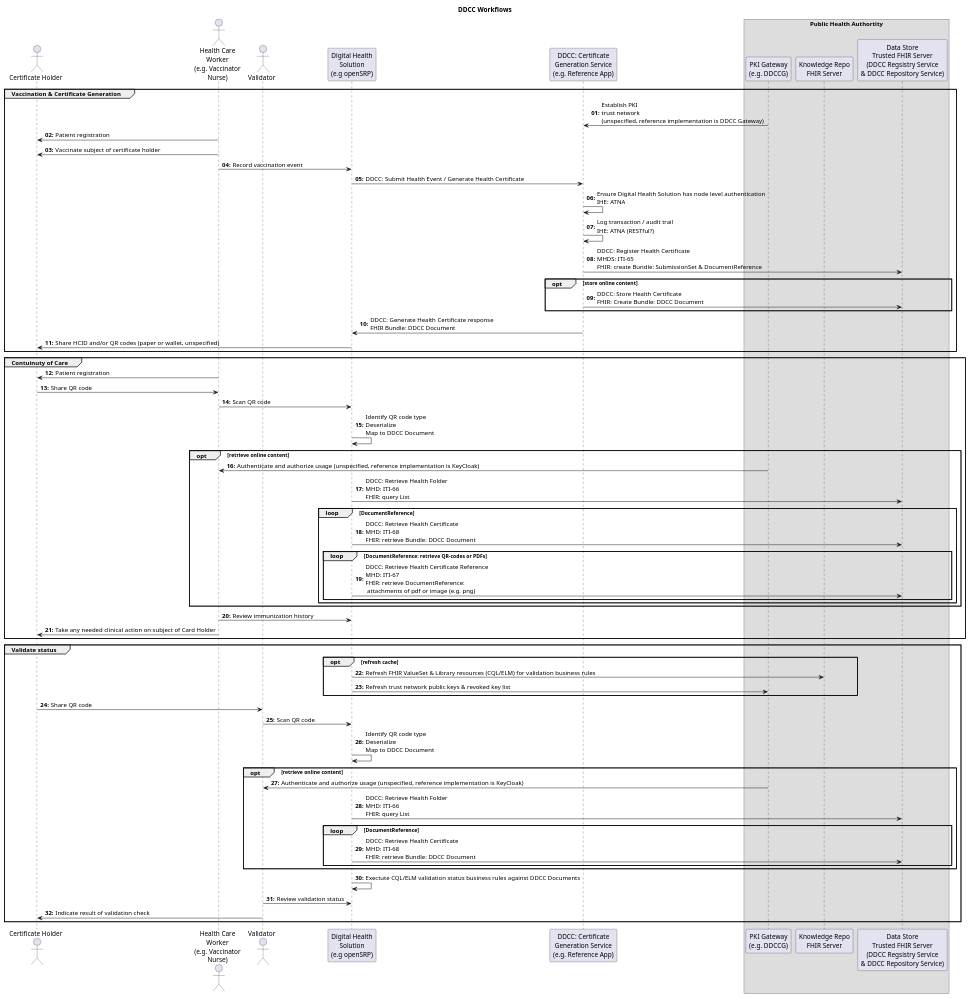
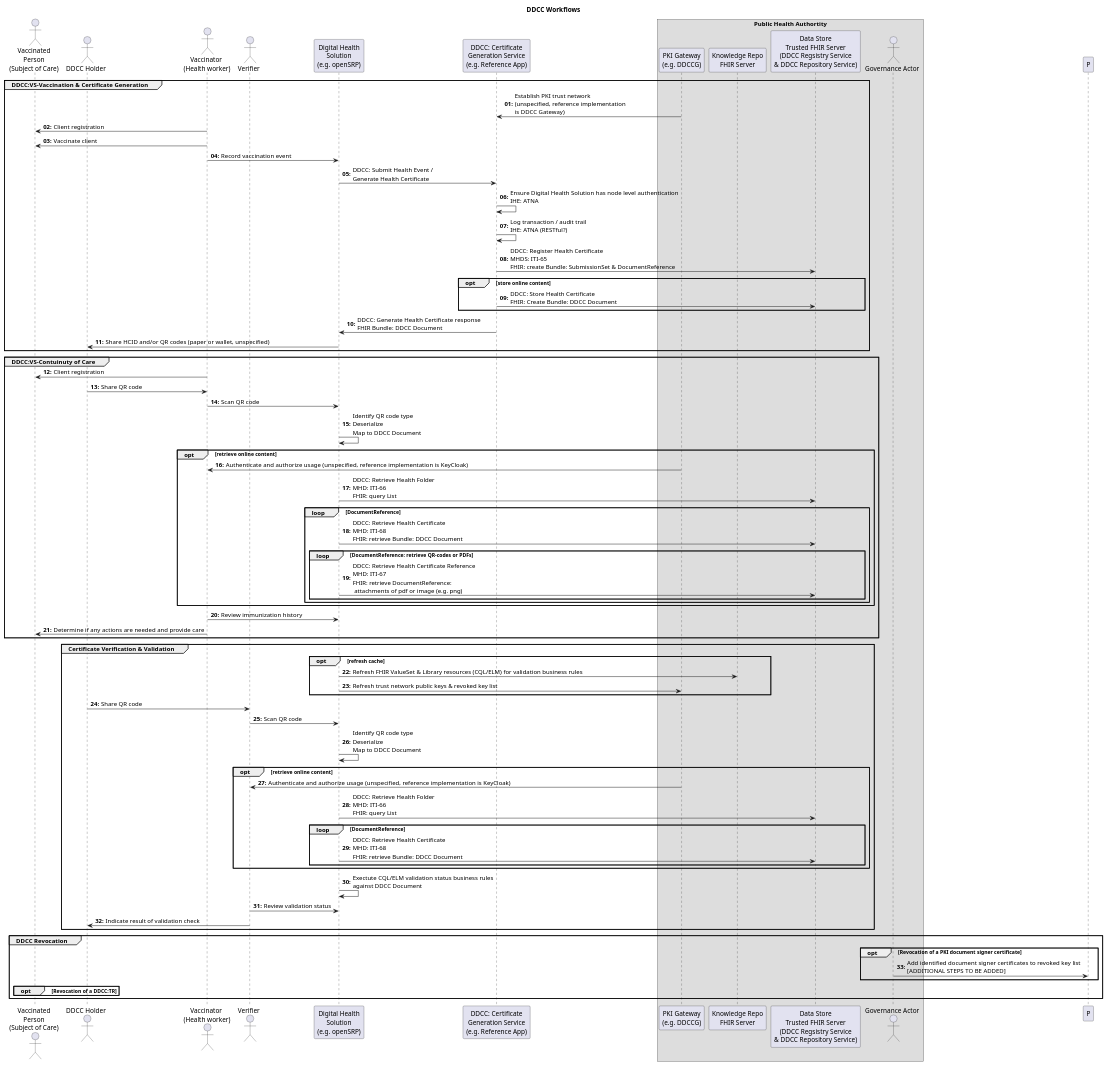
The diagram in input/images-source/workflows.plantuml (WorldHealthOrganization/ddcc), drawn with PlantUML before and after one commit.

Commit message:
Update workflows.plantuml
Differentiated VS from TR flows, where necessary. Updated actors for consistency. Added placeholder for revocation.

```diff
--- a/input/images-source/workflows.plantuml
+++ b/input/images-source/workflows.plantuml
@@ -1,85 +1,98 @@
 @startuml
+skinparam svgDimensionStyle false
 
 title DDCC Workflows
 
 
 
-actor "Certificate Holder" as CH
-actor "Health Care\nWorker\n(e.g. Vaccinator\nNurse)" as HW
-actor "Validator" as VAL
-participant "Digital Health\nSolution\n(e.g openSRP)" as DHS
+actor "Vaccinated\nPerson\n(Subject of Care)" as VP
+actor "DDCC Holder" as DH
+actor "Vaccinator\n (Health worker)" as HW
+actor "Verifier" as VER
+participant "Digital Health\nSolution\n(e.g. openSRP)" as DHS
 participant "DDCC: Certificate\nGeneration Service\n(e.g. Reference App)" as CGS
 
 box "Public Health Authortity"
    participant "PKI Gateway\n(e.g. DDCCG)" as GATE
    participant "Knowledge Repo\nFHIR Server" as KM
    participant "Data Store\nTrusted FHIR Server\n(DDCC Regsistry Service\n& DDCC Repository Service)"  as SHR
+   actor "Governance Actor" as GA
 end box
 
 autonumber "<b>00:</b>"
 
 
-group Vaccination & Certificate Generation
-    GATE->CGS: Establish PKI\ntrust network\n(unspecified, reference implementation is DDCC Gateway)
-    HW->CH: Patient registration
-    HW->CH: Vaccinate subject of certificate holder
+group DDCC:VS-Vaccination & Certificate Generation
+    GATE->CGS: Establish PKI trust network\n(unspecified, reference implementation\nis DDCC Gateway)
+    HW->VP: Client registration
+    HW->VP: Vaccinate client
     HW->DHS: Record vaccination event
-    DHS->CGS: DDCC: Submit Health Event / Generate Health Certificate
+    DHS->CGS: DDCC: Submit Health Event /\nGenerate Health Certificate
     CGS->CGS: Ensure Digital Health Solution has node level authentication\nIHE: ATNA
     CGS->CGS: Log transaction / audit trail\nIHE: ATNA (RESTful?)
     CGS->SHR: DDCC: Register Health Certificate\nMHDS: ITI-65\nFHIR: create Bundle: SubmissionSet & DocumentReference
 
     opt store online content
          CGS->SHR: DDCC: Store Health Certificate\nFHIR: Create Bundle: DDCC Document
     end
 
     CGS->DHS: DDCC: Generate Health Certificate response\nFHIR Bundle: DDCC Document
-    DHS->CH: Share HCID and/or QR codes (paper or wallet, unspecified)
+    DHS->DH: Share HCID and/or QR codes (paper or wallet, unspecified)
 end 
 
-group Contuinuty of Care
-    HW->CH: Patient registration
-    CH->HW: Share QR code
+group DDCC:VS-Contuinuty of Care
+    HW->VP: Client registration
+    DH->HW: Share QR code
     HW->DHS: Scan QR code
     DHS->DHS: Identify QR code type\nDeserialize\nMap to DDCC Document
     opt  retrieve online content
         GATE->HW: Authenticate and authorize usage (unspecified, reference implementation is KeyCloak)
         DHS->SHR: DDCC: Retrieve Health Folder\nMHD: ITI-66\nFHIR: query List
         loop DocumentReference
            DHS->SHR: DDCC: Retrieve Health Certificate\nMHD: ITI-68\nFHIR: retrieve Bundle: DDCC Document
            loop DocumentReference: retrieve QR-codes or PDFs
                DHS->SHR: DDCC: Retrieve Health Certificate Reference\nMHD: ITI-67\nFHIR: retrieve DocumentReference:\n attachments of pdf or image (e.g. png)
             end
         end
     end
     HW->DHS: Review immunization history
-    HW->CH: Take any needed clinical action on subject of Card Holder
+    HW->VP: Determine if any actions are needed and provide care
 end
 
-group Validate status
+group Certificate Verification & Validation
     opt refresh cache
         DHS->KM: Refresh FHIR ValueSet & Library resources (CQL/ELM) for validation business rules
 	DHS->GATE: Refresh trust network public keys & revoked key list
     end 
 
-
-    CH->VAL: Share QR code
-    VAL->DHS: Scan QR code
+    DH->VER: Share QR code
+    VER->DHS: Scan QR code
     DHS->DHS: Identify QR code type\nDeserialize\nMap to DDCC Document
 
     opt  retrieve online content
-        GATE->VAL: Authenticate and authorize usage (unspecified, reference implementation is KeyCloak)
+        GATE->VER: Authenticate and authorize usage (unspecified, reference implementation is KeyCloak)
         DHS->SHR: DDCC: Retrieve Health Folder\nMHD: ITI-66\nFHIR: query List
         loop DocumentReference
            DHS->SHR: DDCC: Retrieve Health Certificate\nMHD: ITI-68\nFHIR: retrieve Bundle: DDCC Document
         end
     end
 
-    DHS->DHS: Exectute CQL/ELM validation status business rules against DDCC Documents
-    VAL->DHS: Review validation status
-    VAL->CH: Indicate result of validation check
+    DHS->DHS: Exectute CQL/ELM validation status business rules\nagainst DDCC Document
+    VER->DHS: Review validation status
+    VER->DH: Indicate result of validation check
+end
+
+group DDCC Revocation
+    opt Revocation of a PKI document signer certificate 
+        GA->P: Add identified document signer certificates to revoked key list\n[ADDITIONAL STEPS TO BE ADDED]
+    end 
+    
+  opt Revocation of a DDCC:TR 
+        
+    end 
+    
+  
 end
 
 
-
 @enduml
```
